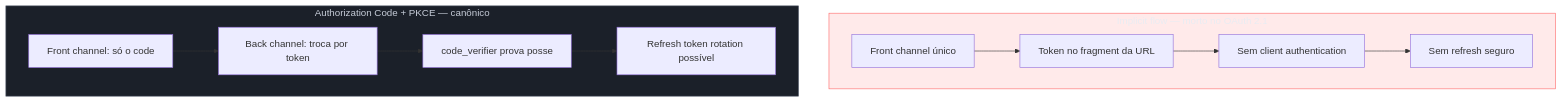
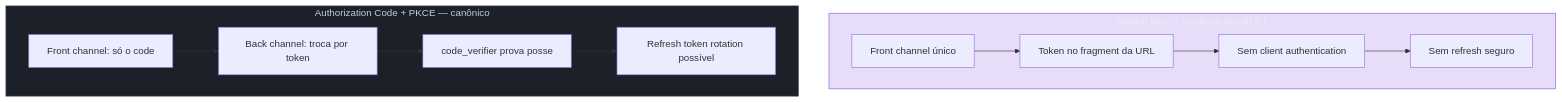
One commit to josenaldo/codex-technomanticus changed the fourth of 4 diagrams in 03-Dominios/Engenharia/Auth e Identidade/2 - OAuth 2.1 e OpenID Connect/02 - Authorization Code + PKCE — o fluxo canônico.md. Above: the diagram before and after it, drawn with Mermaid. The commit also changed other lines of this file and 601 other files, not shown here.

````diff
--- a/03-Dominios/Engenharia/Auth e Identidade/2 - OAuth 2.1 e OpenID Connect/02 - Authorization Code + PKCE — o fluxo canônico.md
+++ b/03-Dominios/Engenharia/Auth e Identidade/2 - OAuth 2.1 e OpenID Connect/02 - Authorization Code + PKCE — o fluxo canônico.md
@@ -201,18 +202,18 @@
 ```mermaid
 graph TD
-    classDef falha fill:#FF6B6B24,stroke:#FF6B6B,color:#E9ECF2
+    classDef marca fill:#8855DF33,stroke:#8855DF,color:#E9ECF2
     classDef neutro fill:#1B2029,stroke:#4E5666,color:#C6CCD8
     subgraph Implicit["Implicit flow — morto no OAuth 2.1"]
         I1["Front channel único"] --> I2["Token no fragment da URL"]
         I2 --> I3["Sem client authentication"]
         I3 --> I4["Sem refresh seguro"]
     end
     subgraph Code["Authorization Code + PKCE — canônico"]
         C1["Front channel: só o code"] --> C2["Back channel: troca por token"]
         C2 --> C3["code_verifier prova posse"]
         C3 --> C4["Refresh token rotation possível"]
     end
 
-    class Implicit falha
+    class Implicit marca
     class Code neutro
 ```
````
